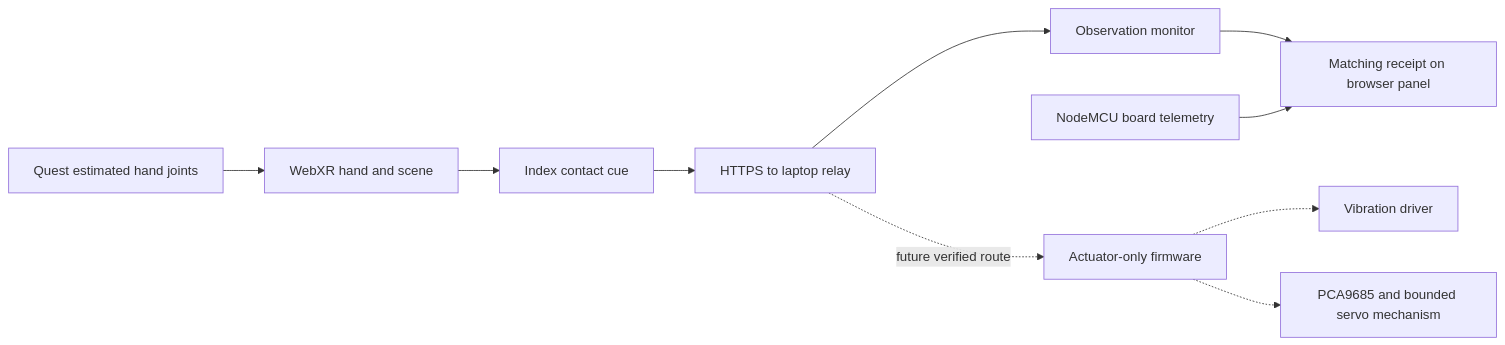
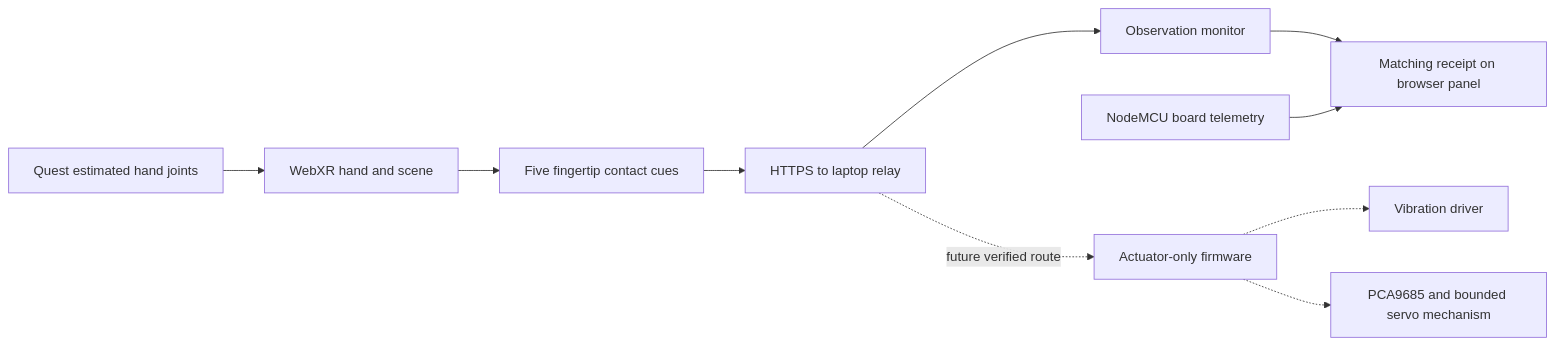
The diagram in docs/webxr-architecture.md (Omkarreddy143/aham), drawn with Mermaid before and after one commit. The commit also changed other lines of this file and 12 other files, not shown here.

Commit message:
Track both Quest hands and all five fingertip cues

````diff
--- a/docs/webxr-architecture.md
+++ b/docs/webxr-architecture.md
@@ -22,12 +22,12 @@
 ```mermaid
 flowchart LR
     H[Quest estimated hand joints] --> V[WebXR hand and scene]
-    V --> C[Index contact cue]
+    V --> C[Five fingertip contact cues]
     C --> S[HTTPS to laptop relay]
     S --> M[Observation monitor]
     M --> D[Matching receipt on browser panel]
     B[NodeMCU board telemetry] --> D
     S -. future verified route .-> A[Actuator-only firmware]
     A -.-> N[Vibration driver]
     A -.-> P[PCA9685 and bounded servo mechanism]
 ```
````
